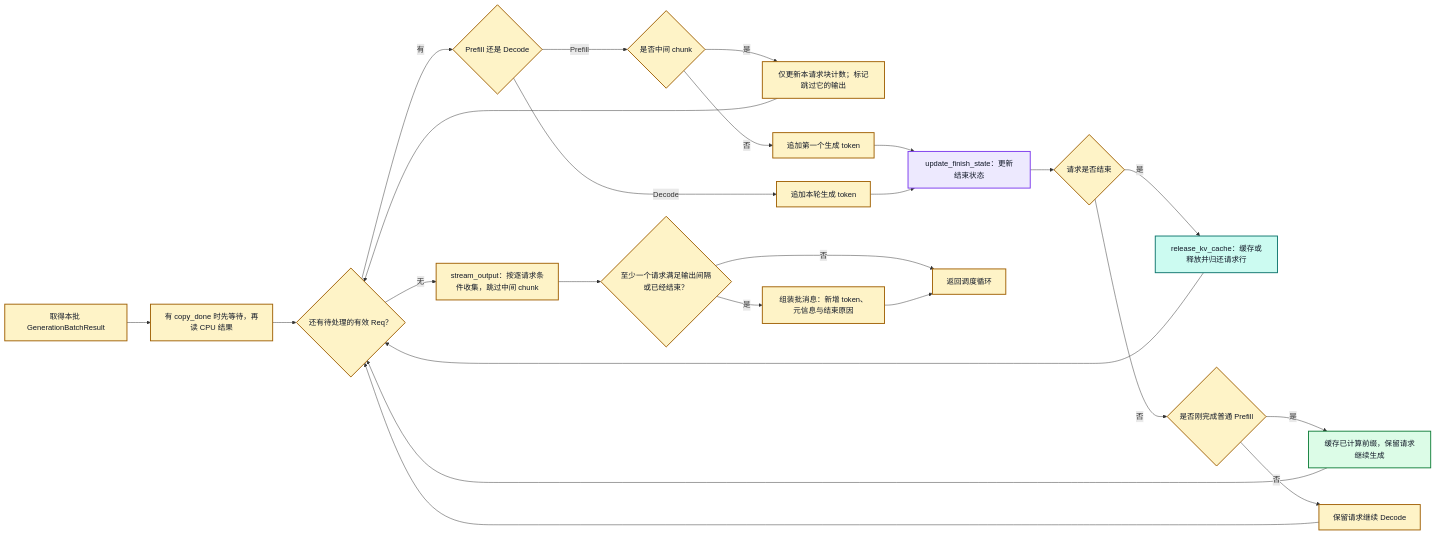
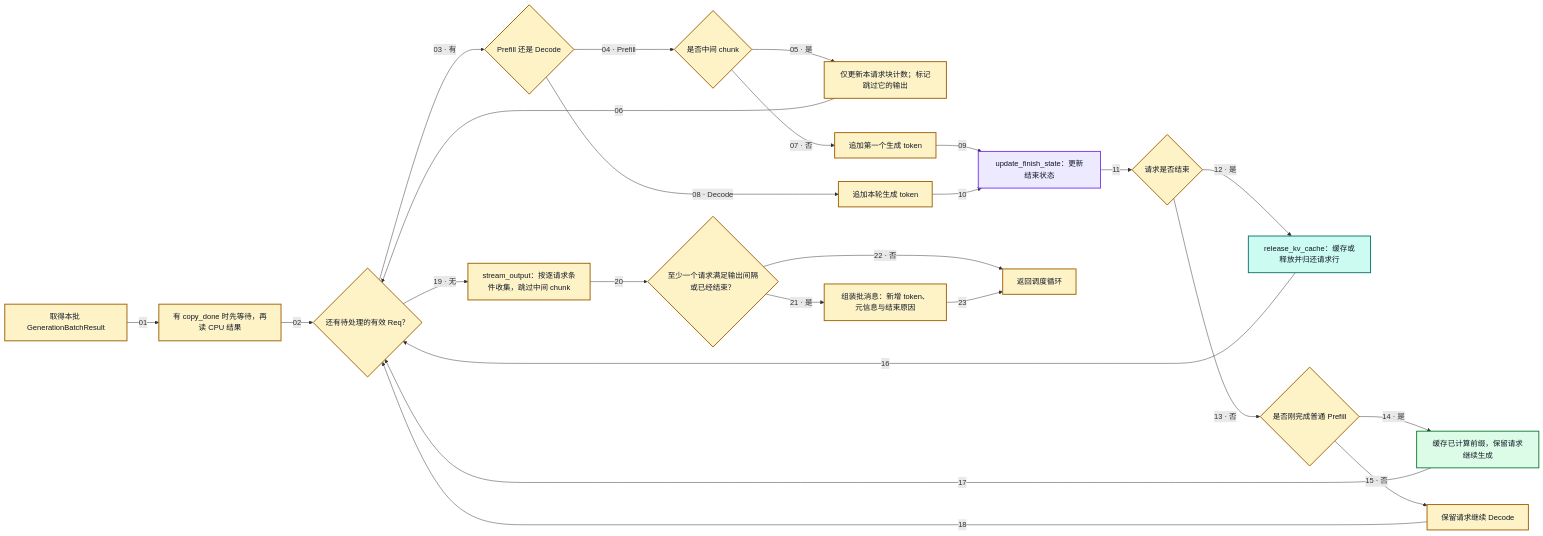
Before and after one commit to dugenkui03/sglang: diagram 16 of 17 in user_guide_zh/学习图谱一：SGLang核心链路流程图.md, drawn with Mermaid. The commit also changed other lines of this file and 17 other files, not shown here.

````diff
--- a/user_guide_zh/学习图谱一：SGLang核心链路流程图.md
+++ b/user_guide_zh/学习图谱一：SGLang核心链路流程图.md
@@ -922,35 +942,35 @@
 ```mermaid
 flowchart LR
-    RESULT["取得本批 GenerationBatchResult"] --> COPY["有 copy_done 时先等待，再读 CPU 结果"]
-    COPY --> EACH{"还有待处理的有效 Req？"}
-    EACH -->|"有"| MODE{"Prefill 还是 Decode"}
-    MODE -->|"Prefill"| CHUNK{"是否中间 chunk"}
-    CHUNK -->|"是"| SKIP["仅更新本请求块计数；标记跳过它的输出"]
-    SKIP --> EACH
-    CHUNK -->|"否"| FIRST["追加第一个生成 token"]
-    MODE -->|"Decode"| NEXT["追加本轮生成 token"]
-    FIRST --> FINISH["update_finish_state：更新结束状态"]
-    NEXT --> FINISH
-    FINISH --> DONE{"请求是否结束"}
-    DONE -->|"是"| RELEASE["release_kv_cache：缓存或释放并归还请求行"]
-    DONE -->|"否"| PREFILL{"是否刚完成普通 Prefill"}
-    PREFILL -->|"是"| CACHE["缓存已计算前缀，保留请求继续生成"]
-    PREFILL -->|"否"| CONT["保留请求继续 Decode"]
-    RELEASE --> EACH
-    CACHE --> EACH
-    CONT --> EACH
-    EACH -->|"无"| OUTPUT["stream_output：按逐请求条件收集，跳过中间 chunk"]
-    OUTPUT --> CONDITIONS{"至少一个请求满足输出间隔或已经结束？"}
-    CONDITIONS -->|"是"| PAYLOAD["组装批消息：新增 token、元信息与结束原因"]
-    CONDITIONS -->|"否"| RETURN["返回调度循环"]
-    PAYLOAD --> RETURN
+    RESULT["取得本批 GenerationBatchResult"] -->|"01"| COPY["有 copy_done 时先等待，再读 CPU 结果"]
+    COPY -->|"02"| EACH{"还有待处理的有效 Req？"}
+    EACH -->|"03 · 有"| MODE{"Prefill 还是 Decode"}
+    MODE -->|"04 · Prefill"| CHUNK{"是否中间 chunk"}
+    CHUNK -->|"05 · 是"| SKIP["仅更新本请求块计数；标记跳过它的输出"]
+    SKIP -->|"06"| EACH
+    CHUNK -->|"07 · 否"| FIRST["追加第一个生成 token"]
+    MODE -->|"08 · Decode"| NEXT["追加本轮生成 token"]
+    FIRST -->|"09"| FINISH["update_finish_state：更新结束状态"]
+    NEXT -->|"10"| FINISH
+    FINISH -->|"11"| DONE{"请求是否结束"}
+    DONE -->|"12 · 是"| RELEASE["release_kv_cache：缓存或释放并归还请求行"]
+    DONE -->|"13 · 否"| PREFILL{"是否刚完成普通 Prefill"}
+    PREFILL -->|"14 · 是"| CACHE["缓存已计算前缀，保留请求继续生成"]
+    PREFILL -->|"15 · 否"| CONT["保留请求继续 Decode"]
+    RELEASE -->|"16"| EACH
+    CACHE -->|"17"| EACH
+    CONT -->|"18"| EACH
+    EACH -->|"19 · 无"| OUTPUT["stream_output：按逐请求条件收集，跳过中间 chunk"]
+    OUTPUT -->|"20"| CONDITIONS{"至少一个请求满足输出间隔或已经结束？"}
+    CONDITIONS -->|"21 · 是"| PAYLOAD["组装批消息：新增 token、元信息与结束原因"]
+    CONDITIONS -->|"22 · 否"| RETURN["返回调度循环"]
+    PAYLOAD -->|"23"| RETURN
 
     classDef scheduler fill:#FEF3C7,stroke:#A16207,color:#111827,stroke-width:2px
     classDef batch fill:#EDE9FE,stroke:#7C3AED,color:#111827,stroke-width:2px
     classDef memory fill:#CCFBF1,stroke:#0F766E,color:#111827,stroke-width:2px
     classDef cache fill:#DCFCE7,stroke:#15803D,color:#111827,stroke-width:2px
     class RESULT,COPY,EACH,MODE,CHUNK,SKIP,FIRST,NEXT,DONE,PREFILL,CONT,OUTPUT,CONDITIONS,PAYLOAD,RETURN scheduler
     class FINISH batch
     class RELEASE memory
     class CACHE cache
 ```
````
